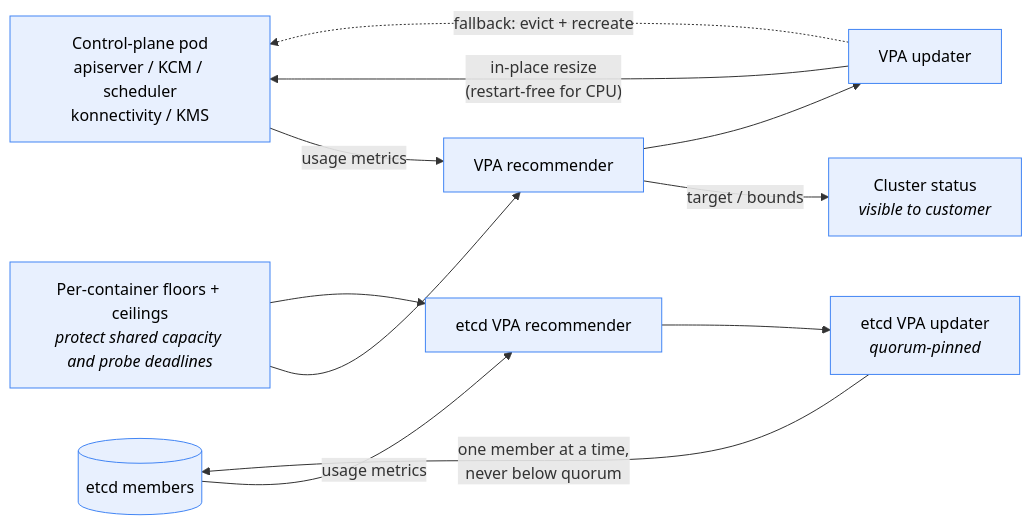
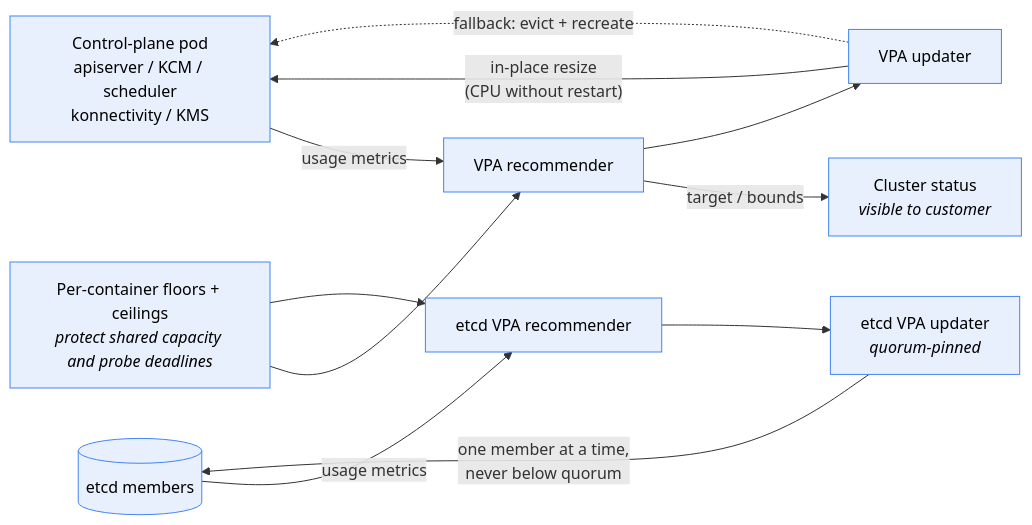
Before and after one commit to cs-3pp/kubernetes-cluster: the fourth of 7 diagrams in docs/managed-kubernetes-datasheet.md, drawn with Mermaid. The commit also changed other lines of this file, not shown here.

````diff
--- a/docs/managed-kubernetes-datasheet.md
+++ b/docs/managed-kubernetes-datasheet.md
@@ -304,16 +297,16 @@
 ```mermaid
 flowchart LR
     M["Control-plane pod<br/>apiserver / KCM / scheduler<br/>konnectivity / KMS"] -->|"usage metrics"| R["VPA recommender"]
     E[("etcd members")] -->|"usage metrics"| R2["etcd VPA recommender"]
     R -->|"target / bounds"| S["Cluster status<br/><i>visible to customer</i>"]
     R --> U["VPA updater"]
     R2 --> U2["etcd VPA updater<br/><i>quorum-pinned</i>"]
-    U -->|"in-place resize<br/>(restart-free for CPU)"| M
+    U -->|"in-place resize<br/>(CPU without restart)"| M
     U -.->|"fallback: evict + recreate"| M
     U2 -->|"one member at a time,<br/>never below quorum"| E
     CAP["Per-container floors + ceilings<br/><i>protect shared capacity and probe deadlines</i>"] --> R
     CAP --> R2
 
     classDef n fill:#e8f0fe,stroke:#4285f4,color:#000
     class M,E,R,R2,S,U,U2,CAP n
 ```
````
